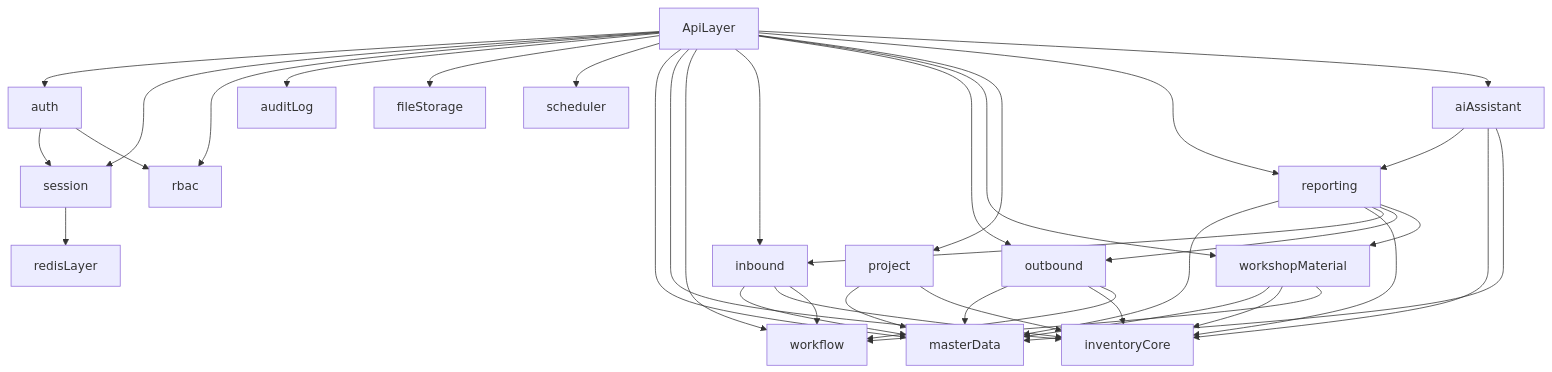
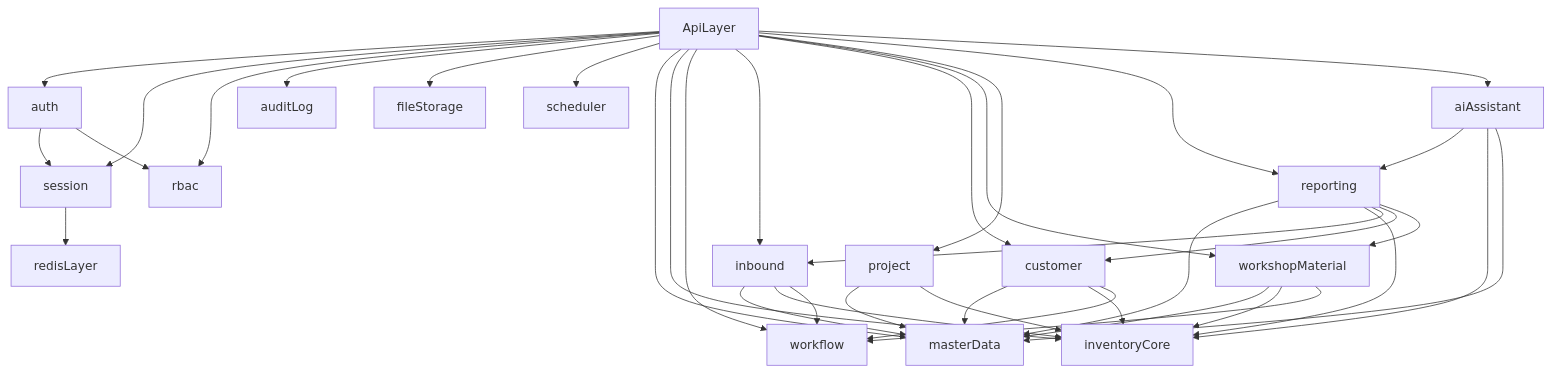
Before and after one commit to Cupcc/saifute-wsm-server: the diagram in docs/architecture/00-architecture-overview.md, drawn with Mermaid. The commit also changed other lines of this file and 443 other files, not shown here.

First line of the commit message:
feat(wms): outbound→customer, return invariants, docs & task archive

````diff
--- a/docs/architecture/00-architecture-overview.md
+++ b/docs/architecture/00-architecture-overview.md
@@ -160,41 +178,41 @@
 ```mermaid
 flowchart TD
     ApiLayer --> auth
     ApiLayer --> session
     ApiLayer --> rbac
     ApiLayer --> auditLog
     ApiLayer --> fileStorage
     ApiLayer --> scheduler
     ApiLayer --> masterData
     ApiLayer --> inventoryCore
     ApiLayer --> workflow
     ApiLayer --> inbound
-    ApiLayer --> outbound
+    ApiLayer --> customer
     ApiLayer --> workshopMaterial
     ApiLayer --> project
     ApiLayer --> reporting
     ApiLayer --> aiAssistant
 
     auth --> session
     auth --> rbac
     session --> redisLayer
     inbound --> masterData
     inbound --> inventoryCore
     inbound --> workflow
-    outbound --> masterData
-    outbound --> inventoryCore
-    outbound --> workflow
+    customer --> masterData
+    customer --> inventoryCore
+    customer --> workflow
     workshopMaterial --> masterData
     workshopMaterial --> inventoryCore
     workshopMaterial --> workflow
     project --> masterData
     project --> inventoryCore
     reporting --> masterData
     reporting --> inventoryCore
     reporting --> inbound
-    reporting --> outbound
+    reporting --> customer
     reporting --> workshopMaterial
     aiAssistant --> reporting
     aiAssistant --> inventoryCore
     aiAssistant --> masterData
 ```
````
